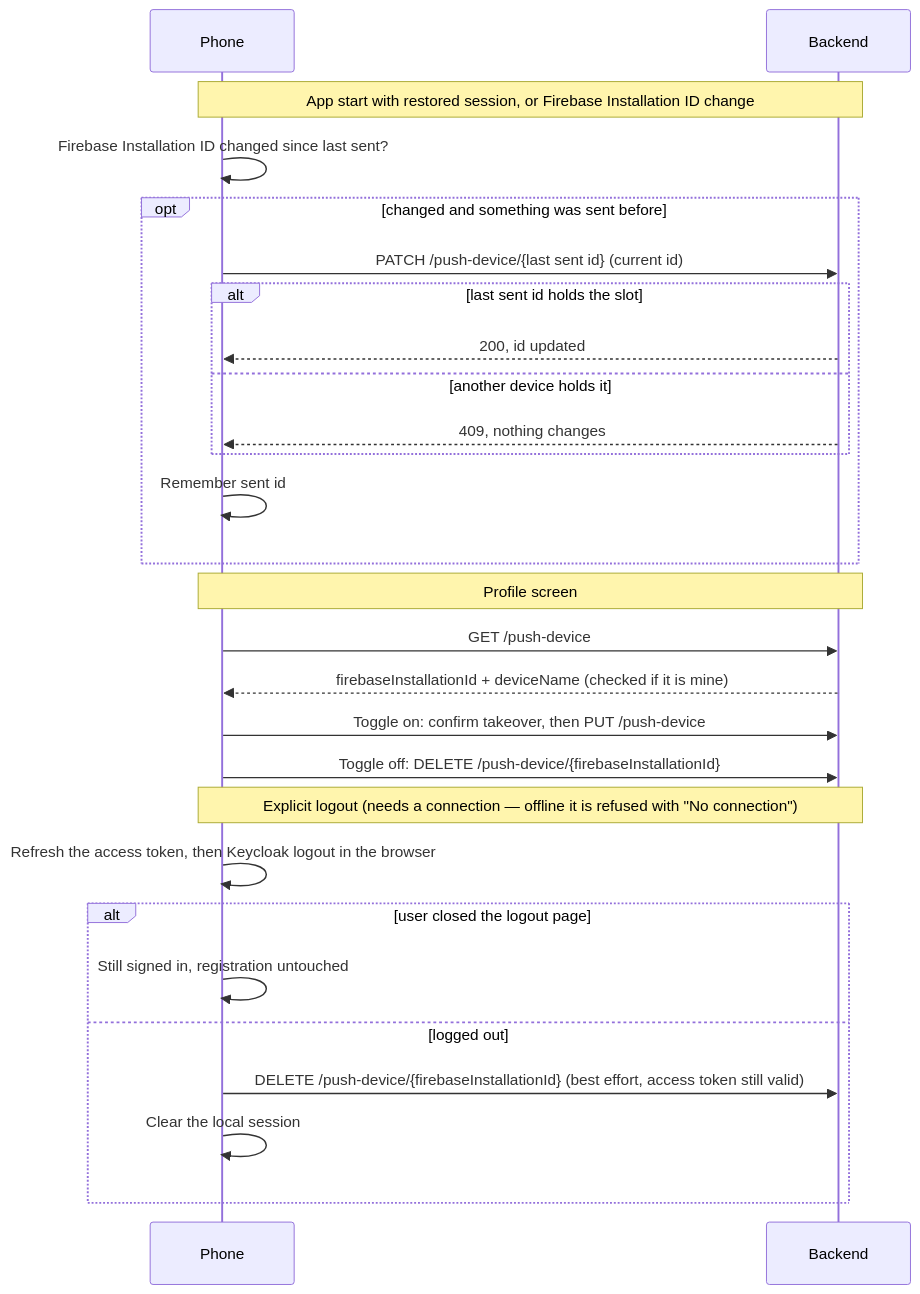
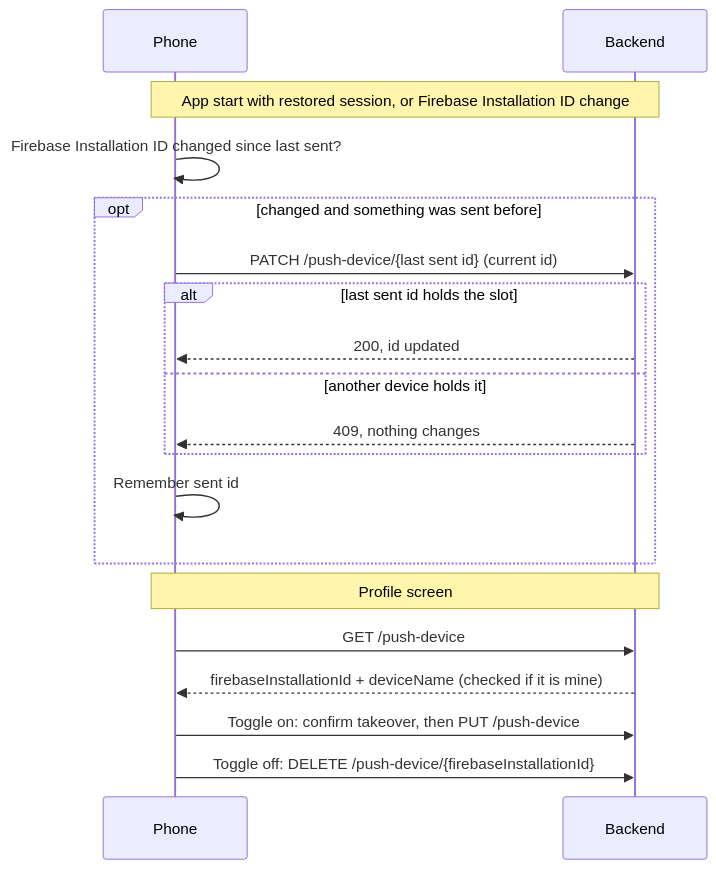
One commit to piskula/TruckerTracker changed the fourth of 6 diagrams in docs/push-notifications.md. Above: the diagram before and after it, drawn with Mermaid. The commit also changed other lines of this file and 10 other files, not shown here.

First line of the commit message:
Rely on Keycloak back-channel logout to remove the push device on sign-out

````diff
--- a/docs/push-notifications.md
+++ b/docs/push-notifications.md
@@ -109,32 +110,23 @@
 ```mermaid
 sequenceDiagram
   participant P as Phone
   participant BE as Backend
 
   Note over P,BE: App start with restored session, or Firebase Installation ID change
   P->>P: Firebase Installation ID changed since last sent?
   opt changed and something was sent before
     P->>BE: PATCH /push-device/{last sent id} (current id)
     alt last sent id holds the slot
       BE-->>P: 200, id updated
     else another device holds it
       BE-->>P: 409, nothing changes
     end
     P->>P: Remember sent id
   end
 
   Note over P,BE: Profile screen
   P->>BE: GET /push-device
   BE-->>P: firebaseInstallationId + deviceName (checked if it is mine)
   P->>BE: Toggle on: confirm takeover, then PUT /push-device
   P->>BE: Toggle off: DELETE /push-device/{firebaseInstallationId}
-
-  Note over P,BE: Explicit logout (needs a connection — offline it is refused with "No connection")
-  P->>P: Refresh the access token, then Keycloak logout in the browser
-  alt user closed the logout page
-    P->>P: Still signed in, registration untouched
-  else logged out
-    P->>BE: DELETE /push-device/{firebaseInstallationId} (best effort, access token still valid)
-    P->>P: Clear the local session
-  end
 ```
````
